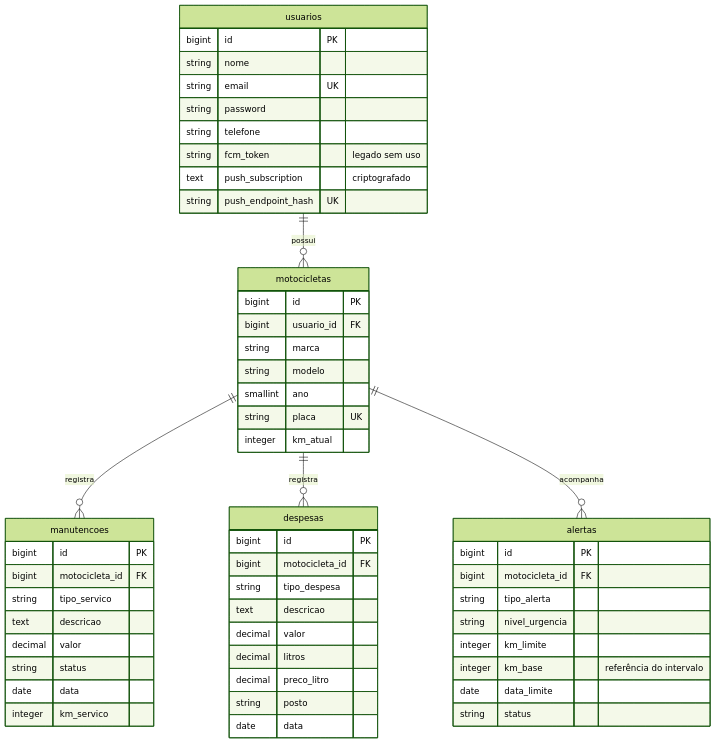
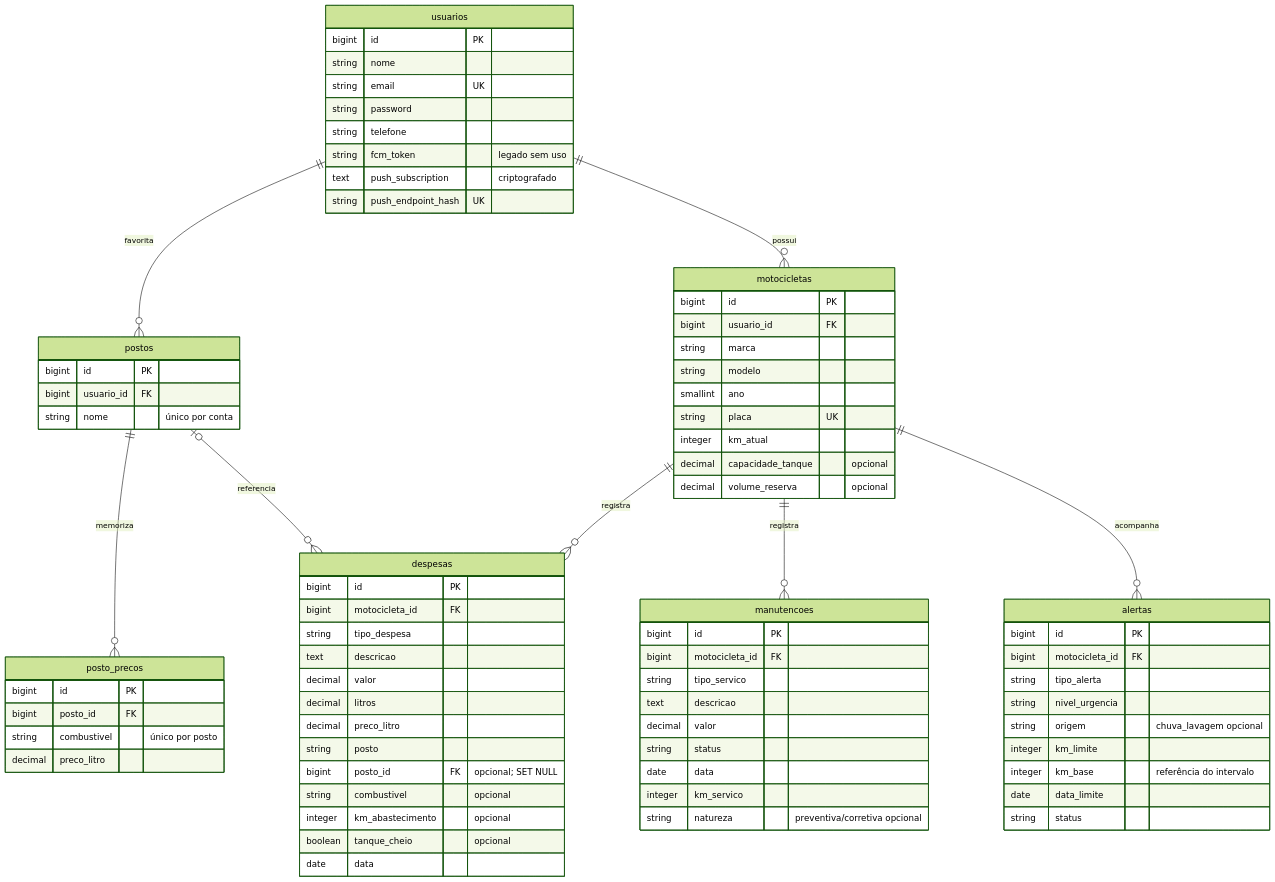
The diagram in DER.md (guibirlem/motocare), drawn with Mermaid (forest theme) before and after one commit. The commit also changed other lines of this file and 44 other files, not shown here.

```diff
--- a/DER.md
+++ b/DER.md
@@ -7,57 +7,79 @@
 ~~~mermaid
 erDiagram
+    usuarios ||--o{ postos : favorita
+    postos ||--o{ posto_precos : memoriza
+    postos |o--o{ despesas : referencia
     usuarios ||--o{ motocicletas : possui
     motocicletas ||--o{ manutencoes : registra
     motocicletas ||--o{ despesas : registra
     motocicletas ||--o{ alertas : acompanha
     usuarios {
         bigint id PK
         string nome
         string email UK
         string password
         string telefone
         string fcm_token "legado sem uso"
         text push_subscription "criptografado"
         string push_endpoint_hash UK
     }
     motocicletas {
         bigint id PK
         bigint usuario_id FK
         string marca
         string modelo
         smallint ano
         string placa UK
         integer km_atual
+        decimal capacidade_tanque "opcional"
+        decimal volume_reserva "opcional"
     }
     manutencoes {
         bigint id PK
         bigint motocicleta_id FK
         string tipo_servico
         text descricao
         decimal valor
         string status
         date data
         integer km_servico
+        string natureza "preventiva/corretiva opcional"
     }
     despesas {
         bigint id PK
         bigint motocicleta_id FK
         string tipo_despesa
         text descricao
         decimal valor
         decimal litros
         decimal preco_litro
         string posto
+        bigint posto_id FK "opcional; SET NULL"
+        string combustivel "opcional"
+        integer km_abastecimento "opcional"
+        boolean tanque_cheio "opcional"
         date data
     }
     alertas {
         bigint id PK
         bigint motocicleta_id FK
         string tipo_alerta
         string nivel_urgencia
+        string origem "chuva_lavagem opcional"
         integer km_limite
         integer km_base "referência do intervalo"
         date data_limite
         string status
     }
+    postos {
+        bigint id PK
+        bigint usuario_id FK
+        string nome "único por conta"
+    }
+    posto_precos {
+        bigint id PK
+        bigint posto_id FK
+        string combustivel "único por posto"
+        decimal preco_litro
+    }
 ~~~
```
